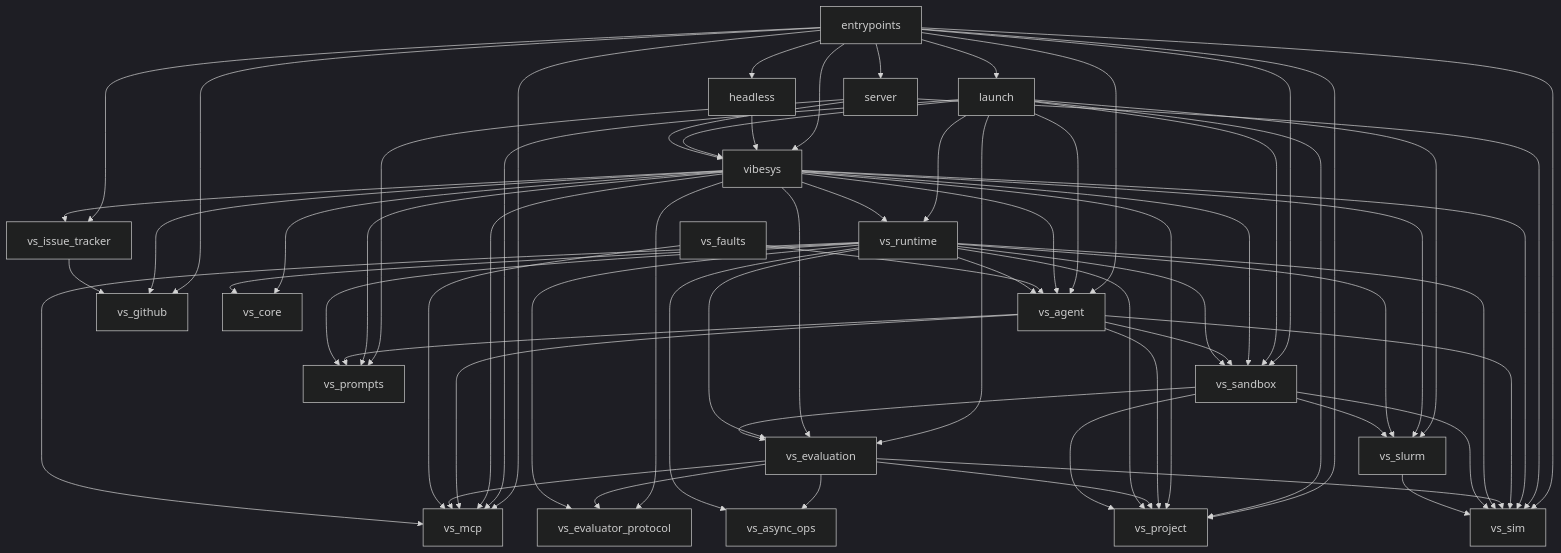
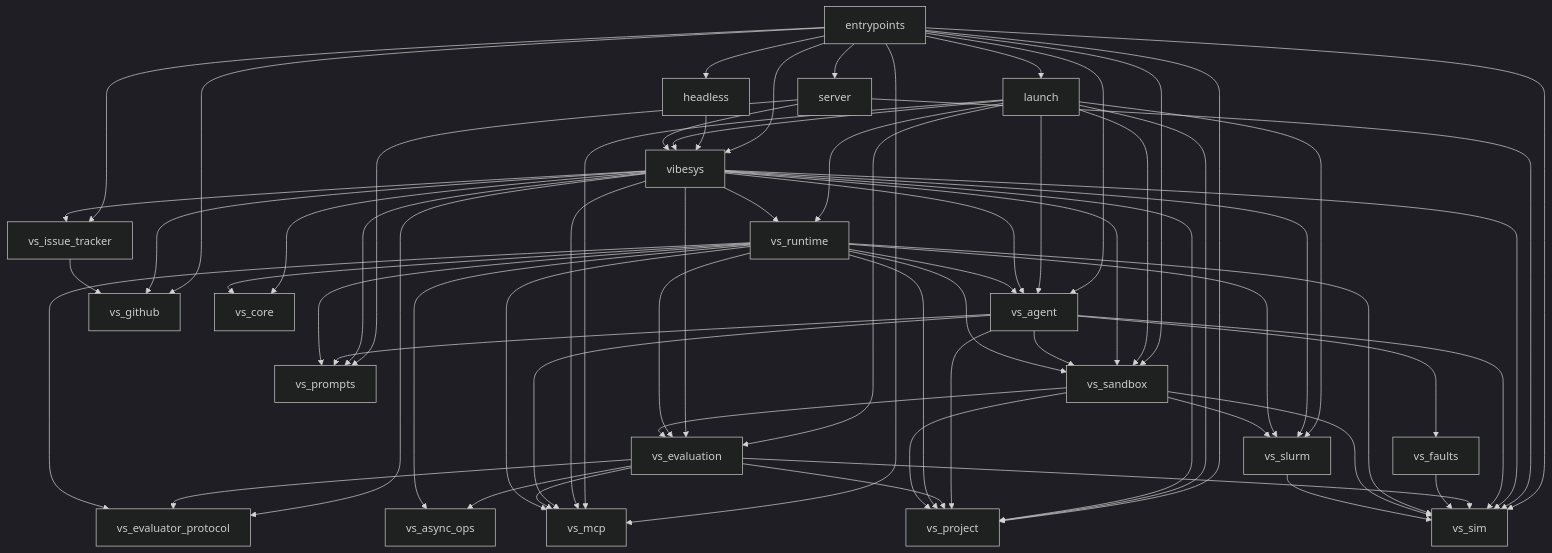
Before and after one commit to uw-syfi/vibesys: the diagram in docs/contributing/architecture.md, drawn with Mermaid (dark theme). The commit also changed 26 other files, not shown here.

First line of the commit message:
refactor(vs-faults): layer the fault plan on vs-sim and move agent wrappers to vs-agent

````diff
--- a/docs/contributing/architecture.md
+++ b/docs/contributing/architecture.md
@@ -104,68 +104,68 @@
 ```mermaid
 graph TD
     entrypoints --> headless
     entrypoints --> launch
     entrypoints --> server
     entrypoints --> vibesys
     entrypoints --> vs_agent
     entrypoints --> vs_github
     entrypoints --> vs_issue_tracker
     entrypoints --> vs_mcp
     entrypoints --> vs_project
     entrypoints --> vs_sandbox
     entrypoints --> vs_sim
     headless --> vibesys
     launch --> vibesys
     launch --> vs_agent
     launch --> vs_evaluation
     launch --> vs_mcp
     launch --> vs_project
     launch --> vs_runtime
     launch --> vs_sandbox
     launch --> vs_slurm
     server --> vibesys
     server --> vs_prompts
     server --> vs_sim
     vibesys --> vs_agent
     vibesys --> vs_core
     vibesys --> vs_evaluation
     vibesys --> vs_evaluator_protocol
     vibesys --> vs_github
     vibesys --> vs_issue_tracker
     vibesys --> vs_mcp
     vibesys --> vs_project
     vibesys --> vs_prompts
     vibesys --> vs_runtime
     vibesys --> vs_sandbox
     vibesys --> vs_sim
     vibesys --> vs_slurm
+    vs_agent --> vs_faults
     vs_agent --> vs_mcp
     vs_agent --> vs_project
     vs_agent --> vs_prompts
     vs_agent --> vs_sandbox
     vs_agent --> vs_sim
     vs_evaluation --> vs_async_ops
     vs_evaluation --> vs_evaluator_protocol
     vs_evaluation --> vs_mcp
     vs_evaluation --> vs_project
     vs_evaluation --> vs_sim
-    vs_faults --> vs_agent
-    vs_faults --> vs_mcp
+    vs_faults --> vs_sim
     vs_issue_tracker --> vs_github
     vs_runtime --> vs_agent
     vs_runtime --> vs_async_ops
     vs_runtime --> vs_core
     vs_runtime --> vs_evaluation
     vs_runtime --> vs_evaluator_protocol
     vs_runtime --> vs_mcp
     vs_runtime --> vs_project
     vs_runtime --> vs_prompts
     vs_runtime --> vs_sandbox
     vs_runtime --> vs_sim
     vs_runtime --> vs_slurm
     vs_sandbox --> vs_evaluation
     vs_sandbox --> vs_project
     vs_sandbox --> vs_sim
     vs_sandbox --> vs_slurm
     vs_slurm --> vs_sim
 ```
````
